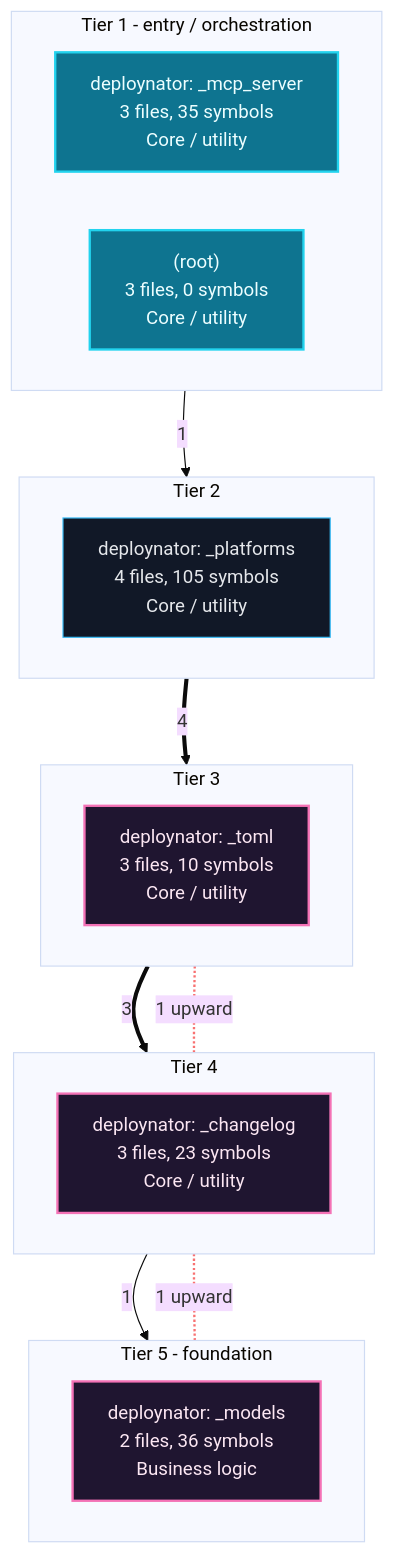
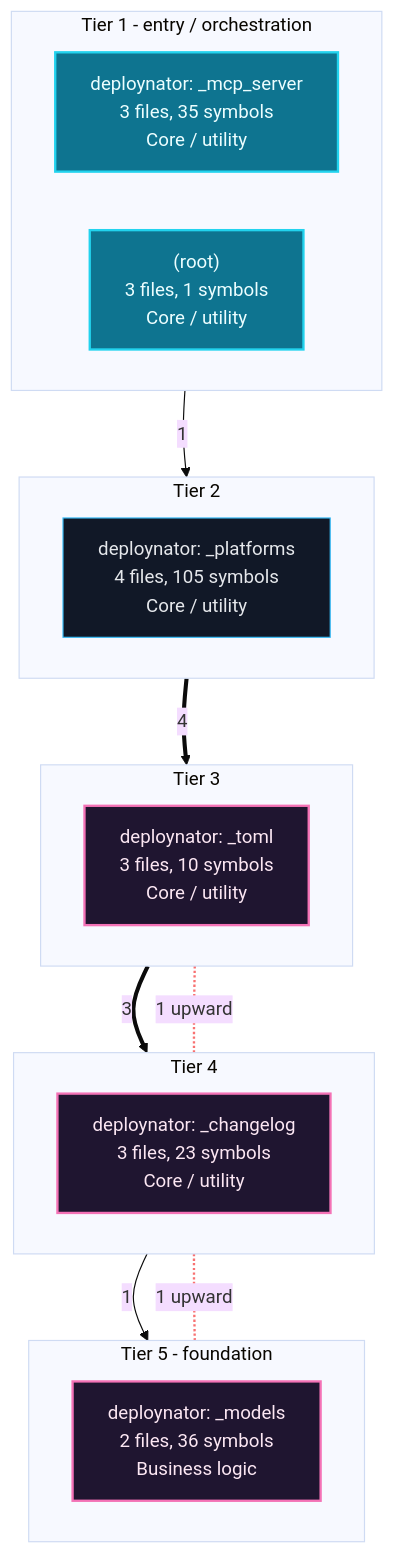
Before and after one commit to grisuno/deploynator: the first of 8 diagrams in readmenator-apidocs/architecture.md, drawn with Mermaid (base theme). The commit also changed other lines of this file and 77 other files, not shown here.

````diff
--- a/readmenator-apidocs/architecture.md
+++ b/readmenator-apidocs/architecture.md
@@ -11,38 +11,38 @@
 ```mermaid
 flowchart TB
     classDef cycle fill:#1f1530,stroke:#f472b6,color:#fce7f3,stroke-width:2px;
     classDef default fill:#111827,stroke:#38bdf8,color:#e5e7eb;
     classDef entry fill:#0e7490,stroke:#22d3ee,color:#ecfeff,stroke-width:2px;
     subgraph lane_0["Tier 1 - entry / orchestration"]
         direction LR
         n_c3["deploynator: _mcp_server<br/>3 files, 35 symbols<br/>Core / utility"]:::entry
-        n_d__root_["(root)<br/>3 files, 0 symbols<br/>Core / utility"]:::entry
+        n_d__root_["(root)<br/>3 files, 1 symbols<br/>Core / utility"]:::entry
     end
     subgraph lane_1["Tier 2"]
         direction LR
         n_c4["deploynator: _platforms<br/>4 files, 105 symbols<br/>Core / utility"]:::default
     end
     subgraph lane_2["Tier 3"]
         direction LR
         n_c1["deploynator: _toml<br/>3 files, 10 symbols<br/>Core / utility"]:::cycle
     end
     subgraph lane_3["Tier 4"]
         direction LR
         n_c0["deploynator: _changelog<br/>3 files, 23 symbols<br/>Core / utility"]:::cycle
     end
     subgraph lane_4["Tier 5 - foundation"]
         direction LR
         n_c2["deploynator: _models<br/>2 files, 36 symbols<br/>Business logic"]:::cycle
     end
     n_c0 -->|"1"| n_c2
     n_c1 ==>|"3"| n_c0
     n_c3 -->|"1"| n_c4
     n_c4 ==>|"4"| n_c1
     n_c1 <-.-|"1 upward"| n_c0
     n_c0 <-.-|"1 upward"| n_c2
     linkStyle 4,5 stroke:#f87171,stroke-width:2px;
     n_c3 ~~~ n_c4
     n_c4 ~~~ n_c1
     n_c1 ~~~ n_c0
     n_c0 ~~~ n_c2
 ```
````
